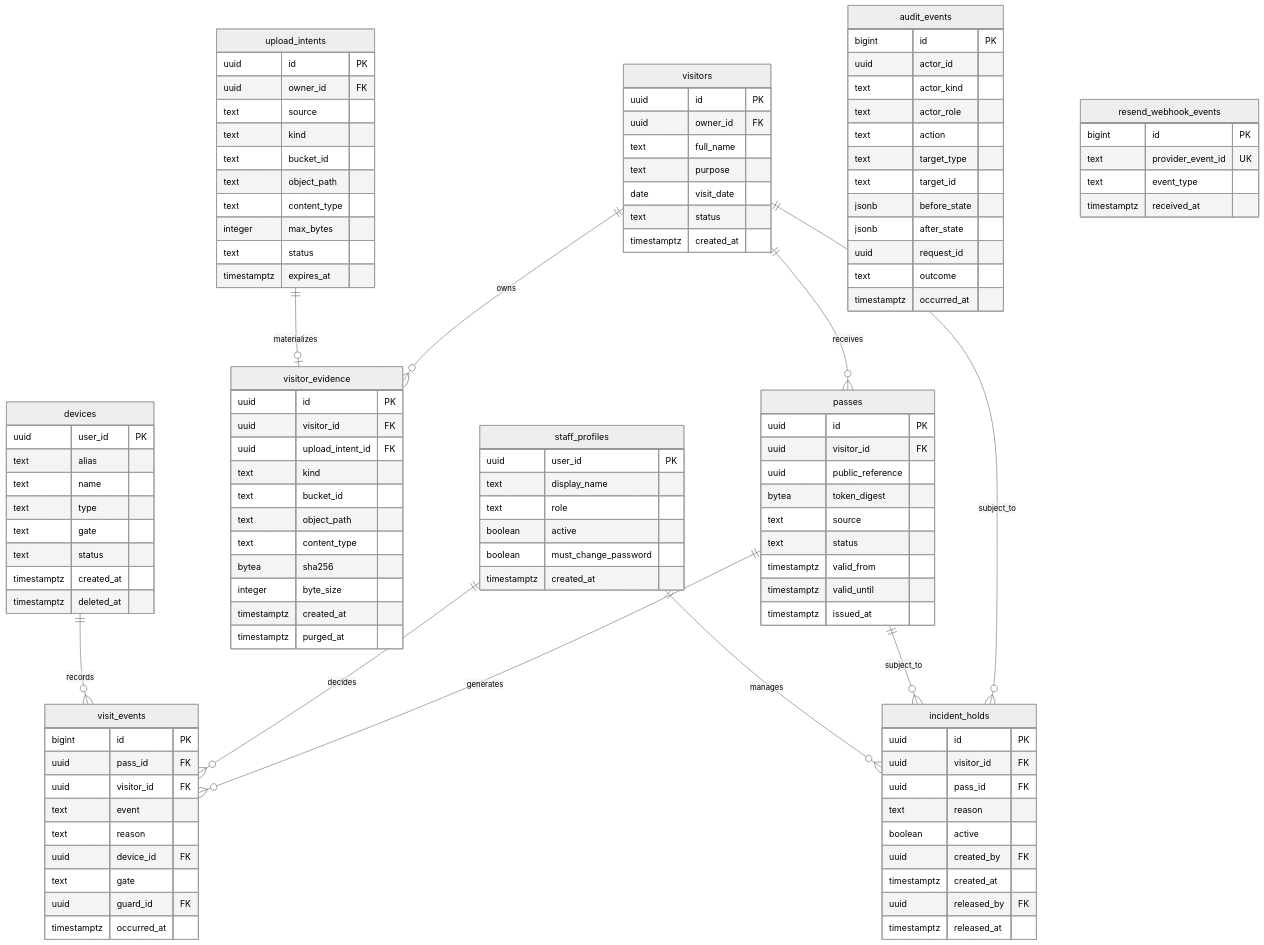
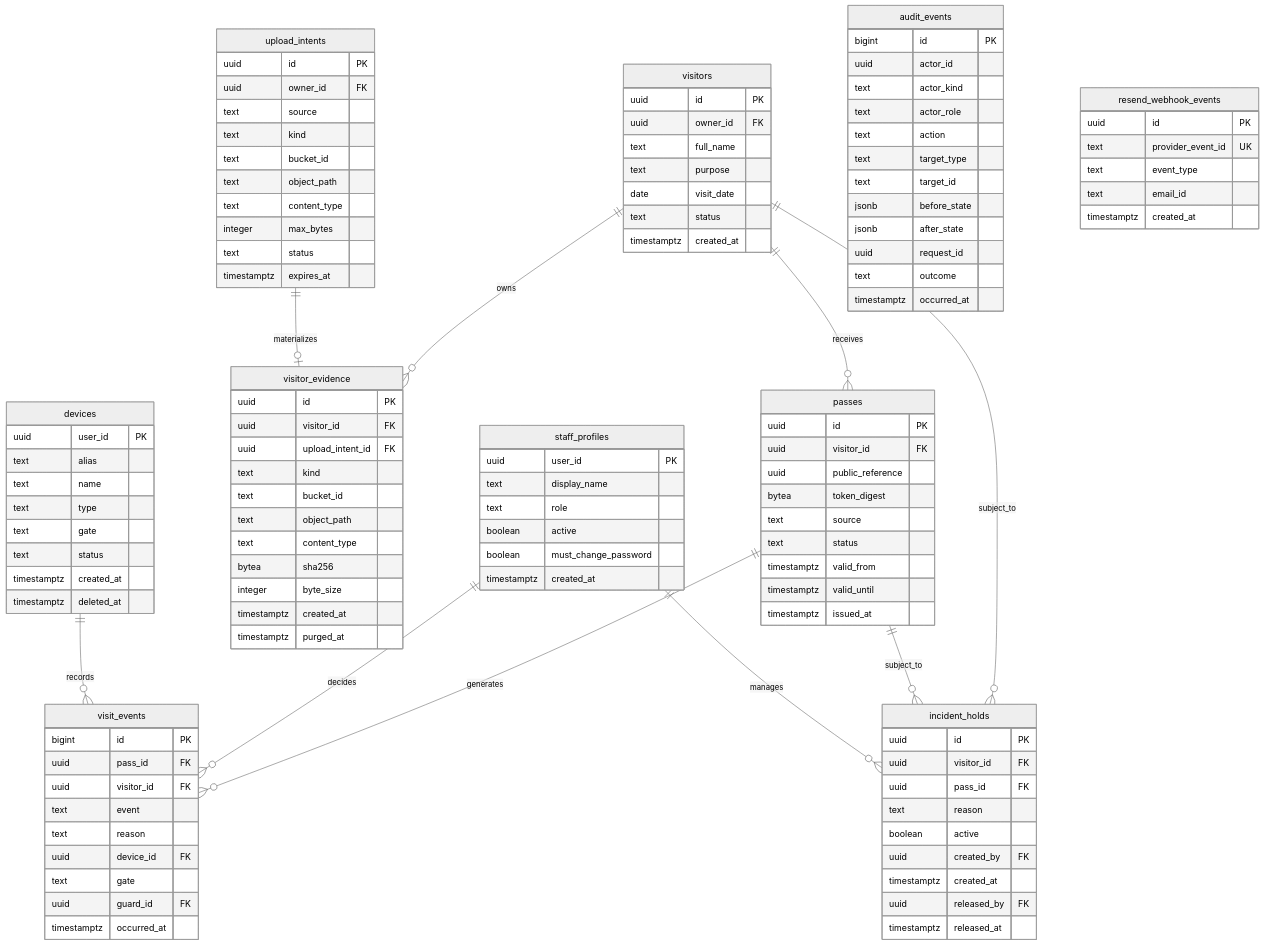
The second of 3 diagrams in docs/ARCHITECTURE.md (jsphhbna/egatepass), drawn with Mermaid (neutral theme) before and after one commit. The commit also changed other lines of this file and 14 other files, not shown here.

````diff
--- a/docs/ARCHITECTURE.md
+++ b/docs/ARCHITECTURE.md
@@ -180,9 +180,10 @@
     }
 
     resend_webhook_events {
-        bigint id PK
+        uuid id PK
         text provider_event_id UK
         text event_type
-        timestamptz received_at
+        text email_id
+        timestamptz created_at
     }
 ```
````
